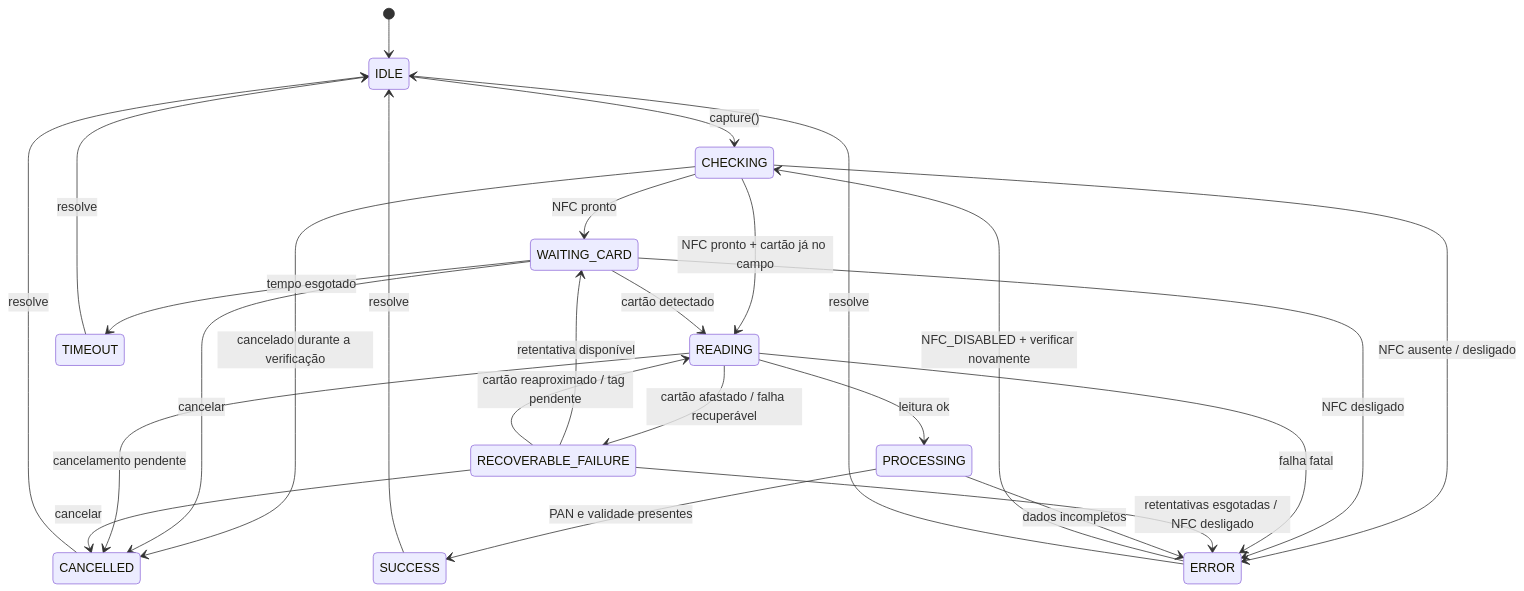
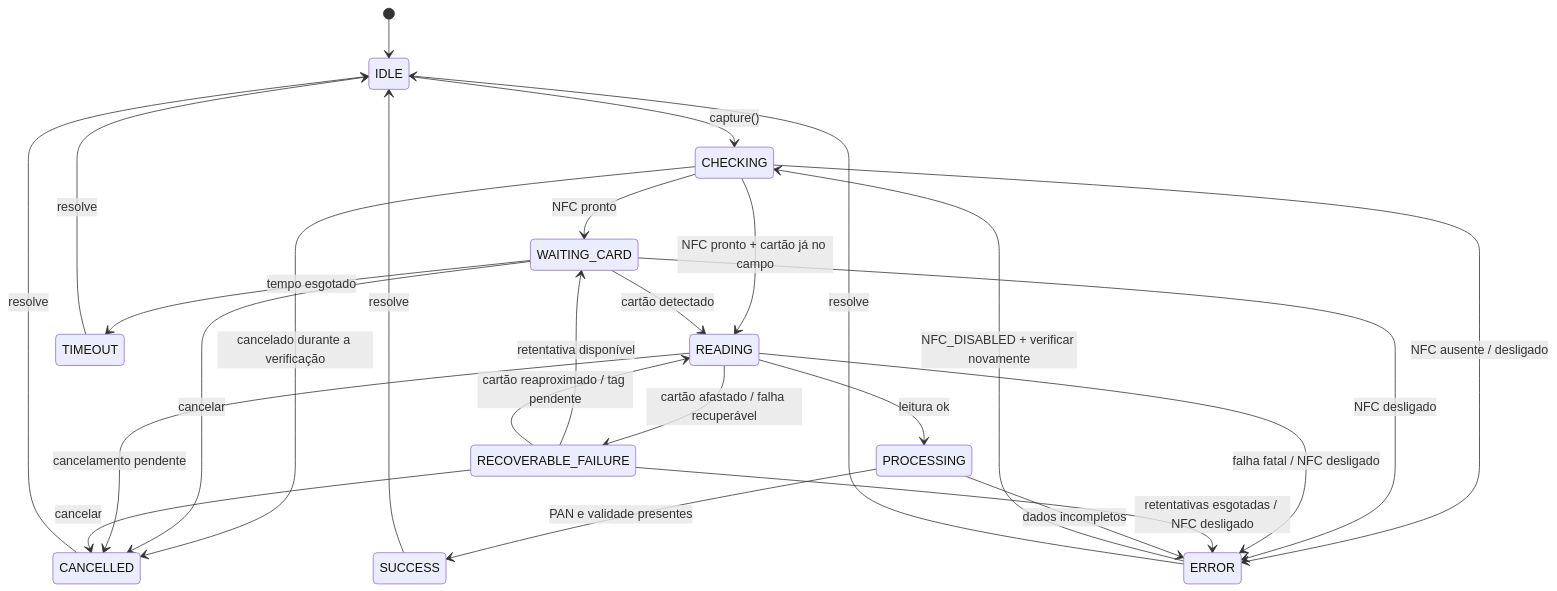
The diagram in DECISIONS.md (vitor-porfirio/react-native-cashtap), drawn with Mermaid before and after one commit. The commit also changed other lines of this file and 2 other files, not shown here.

Commit message:
docs: record NFC-loss precedence and notification granularity in D018 (#19)

````diff
--- a/DECISIONS.md
+++ b/DECISIONS.md
@@ -299,28 +301,28 @@
 ```mermaid
 stateDiagram-v2
     [*] --> IDLE
     IDLE --> CHECKING: capture()
     CHECKING --> WAITING_CARD: NFC pronto
     CHECKING --> READING: NFC pronto + cartão já no campo
     CHECKING --> CANCELLED: cancelado durante a verificação
     CHECKING --> ERROR: NFC ausente / desligado
     WAITING_CARD --> READING: cartão detectado
     WAITING_CARD --> TIMEOUT: tempo esgotado
     WAITING_CARD --> CANCELLED: cancelar
     WAITING_CARD --> ERROR: NFC desligado
     READING --> PROCESSING: leitura ok
     READING --> RECOVERABLE_FAILURE: cartão afastado / falha recuperável
     READING --> CANCELLED: cancelamento pendente
-    READING --> ERROR: falha fatal
+    READING --> ERROR: falha fatal / NFC desligado
     RECOVERABLE_FAILURE --> WAITING_CARD: retentativa disponível
     RECOVERABLE_FAILURE --> READING: cartão reaproximado / tag pendente
     RECOVERABLE_FAILURE --> ERROR: retentativas esgotadas / NFC desligado
     RECOVERABLE_FAILURE --> CANCELLED: cancelar
     PROCESSING --> SUCCESS: PAN e validade presentes
     PROCESSING --> ERROR: dados incompletos
     ERROR --> CHECKING: NFC_DISABLED + verificar novamente
     SUCCESS --> IDLE: resolve
     CANCELLED --> IDLE: resolve
     TIMEOUT --> IDLE: resolve
     ERROR --> IDLE: resolve
 ```
````
